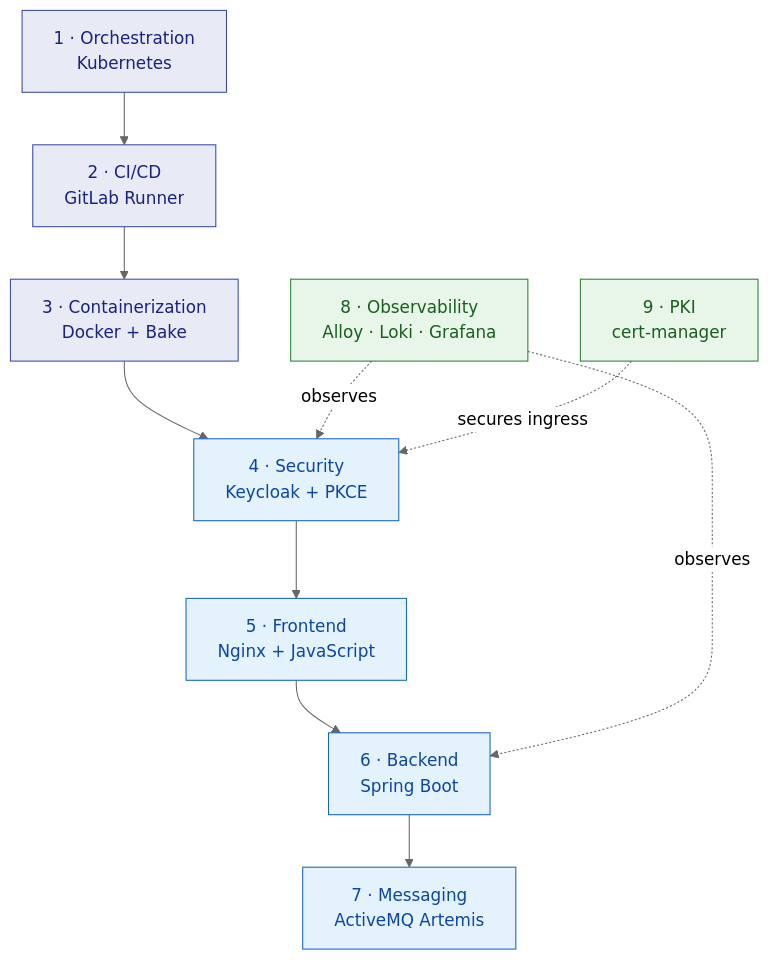
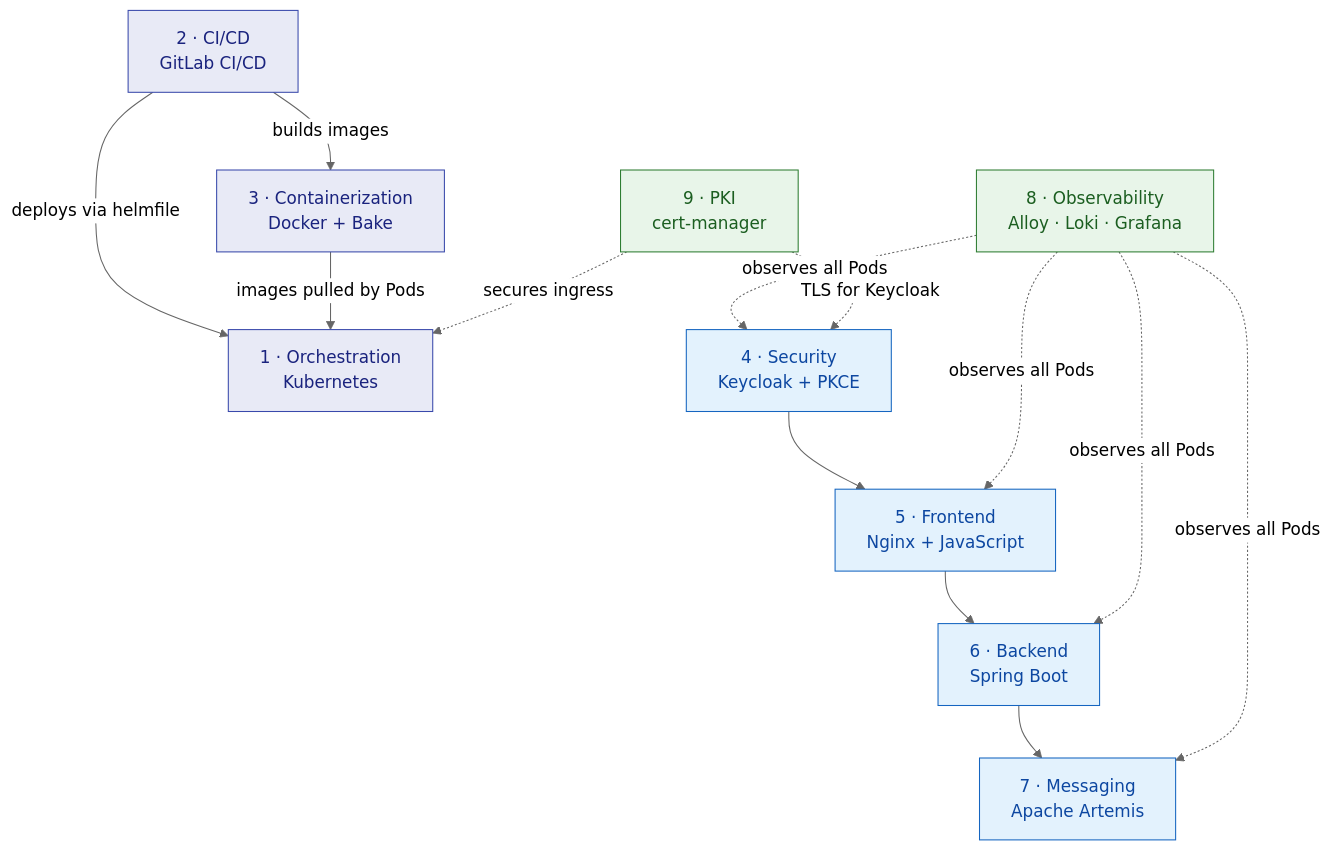
The diagram in docs/concepts/design-decisions.md (mohamad4444/cloud-native-purchase-system), drawn with Mermaid (neutral theme) before and after one commit. The commit also changed 5 other files, not shown here.

Commit message:
docs: correct diagram inaccuracies found in source-code review

````diff
--- a/docs/concepts/design-decisions.md
+++ b/docs/concepts/design-decisions.md
@@ -37,24 +37,30 @@
 ```mermaid
 flowchart TB
   L1["1 · Orchestration<br/>Kubernetes"]
-  L2["2 · CI/CD<br/>GitLab Runner"]
+  L2["2 · CI/CD<br/>GitLab CI/CD"]
   L3["3 · Containerization<br/>Docker + Bake"]
   L4["4 · Security<br/>Keycloak + PKCE"]
   L5["5 · Frontend<br/>Nginx + JavaScript"]
   L6["6 · Backend<br/>Spring Boot"]
-  L7["7 · Messaging<br/>ActiveMQ Artemis"]
+  L7["7 · Messaging<br/>Apache Artemis"]
   L8["8 · Observability<br/>Alloy · Loki · Grafana"]
   L9["9 · PKI<br/>cert-manager"]
 
-  L1 --> L2 --> L3 --> L4 --> L5 --> L6 --> L7
-  L8 -.->|"observes"| L4
-  L8 -.->|"observes"| L6
-  L9 -.->|"secures ingress"| L4
+  L2 -->|"deploys via helmfile"| L1
+  L2 -->|"builds images"| L3
+  L3 -->|"images pulled by Pods"| L1
+  L4 --> L5 --> L6 --> L7
+  L8 -.->|"observes all Pods"| L4
+  L8 -.->|"observes all Pods"| L5
+  L8 -.->|"observes all Pods"| L6
+  L8 -.->|"observes all Pods"| L7
+  L9 -.->|"secures ingress"| L1
+  L9 -.->|"TLS for Keycloak"| L4
 
   classDef platform fill:#e8eaf6,stroke:#3949ab,color:#1a237e;
   classDef app fill:#e3f2fd,stroke:#1565c0,color:#0d47a1;
   classDef cross fill:#e8f5e9,stroke:#2e7d32,color:#1b5e20;
   class L1,L2,L3 platform;
   class L4,L5,L6,L7 app;
   class L8,L9 cross;
 ```
````
